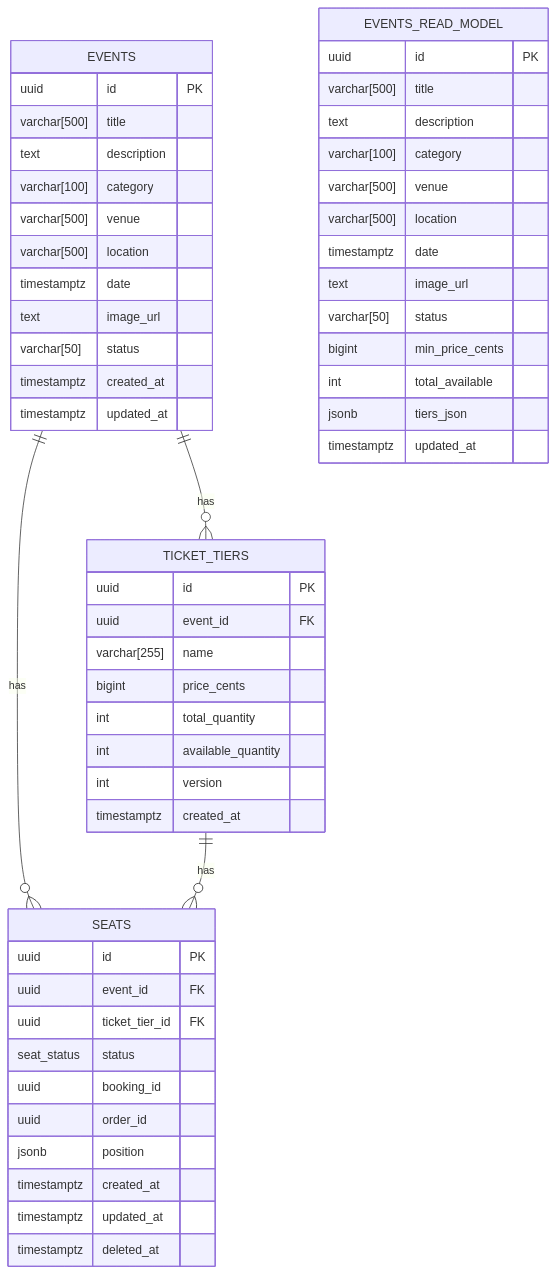
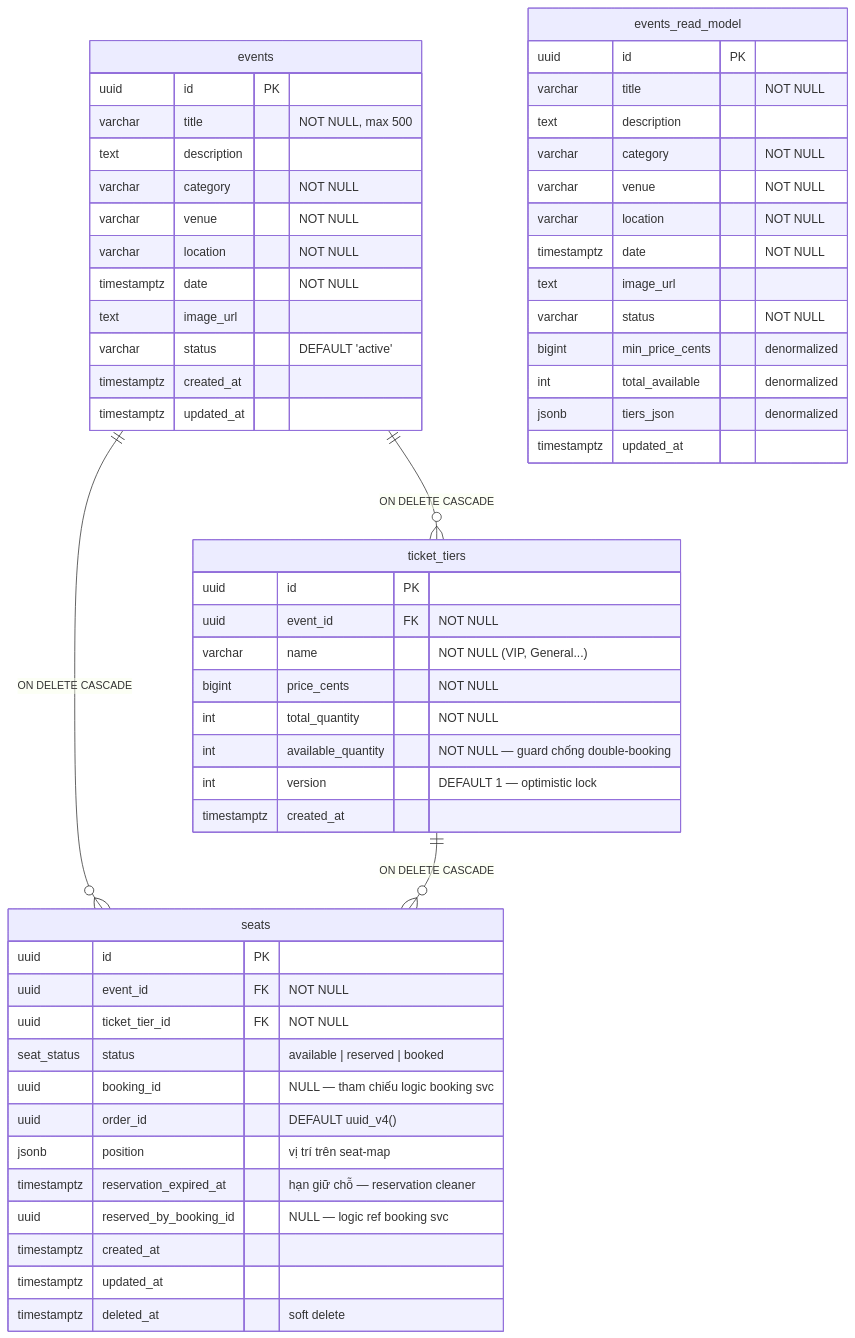
One commit to hoangdaochuz/booking changed the third of 8 diagrams in docs/database-erd.md. Above: the diagram before and after it, drawn with Mermaid. The commit also changed other lines of this file and 19 other files, not shown here.

First line of the commit message:
feat: add batch update for booking status and implement undo for reserved expired seats

````diff
--- a/docs/database-erd.md
+++ b/docs/database-erd.md
@@ -78,56 +68,58 @@
 ```mermaid
 erDiagram
-    EVENTS ||--o{ TICKET_TIERS : has
-    EVENTS ||--o{ SEATS : has
-    EVENTS {
+    events {
         uuid id PK
-        varchar[500] title
+        varchar title "NOT NULL, max 500"
         text description
-        varchar[100] category
-        varchar[500] venue
-        varchar[500] location
-        timestamptz date
+        varchar category "NOT NULL"
+        varchar venue "NOT NULL"
+        varchar location "NOT NULL"
+        timestamptz date "NOT NULL"
         text image_url
-        varchar[50] status
+        varchar status "DEFAULT 'active'"
         timestamptz created_at
         timestamptz updated_at
     }
-    TICKET_TIERS {
+    ticket_tiers {
         uuid id PK
-        uuid event_id FK
-        varchar[255] name
-        bigint price_cents
-        int total_quantity
-        int available_quantity
-        int version
+        uuid event_id FK "NOT NULL"
+        varchar name "NOT NULL (VIP, General...)"
+        bigint price_cents "NOT NULL"
+        int total_quantity "NOT NULL"
+        int available_quantity "NOT NULL — guard chống double-booking"
+        int version "DEFAULT 1 — optimistic lock"
         timestamptz created_at
     }
-    TICKET_TIERS ||--o{ SEATS : has
-    SEATS {
+    seats {
         uuid id PK
-        uuid event_id FK
-        uuid ticket_tier_id FK
-        seat_status status
-        uuid booking_id
-        uuid order_id
-        jsonb position
+        uuid event_id FK "NOT NULL"
+        uuid ticket_tier_id FK "NOT NULL"
+        seat_status status "available | reserved | booked"
+        uuid booking_id "NULL — tham chiếu logic booking svc"
+        uuid order_id "DEFAULT uuid_v4()"
+        jsonb position "vị trí trên seat-map"
+        timestamptz reservation_expired_at "hạn giữ chỗ — reservation cleaner"
+        uuid reserved_by_booking_id "NULL — logic ref booking svc"
         timestamptz created_at
         timestamptz updated_at
-        timestamptz deleted_at
+        timestamptz deleted_at "soft delete"
     }
-    EVENTS_READ_MODEL {
+    events_read_model {
         uuid id PK
-        varchar[500] title
+        varchar title "NOT NULL"
         text description
-        varchar[100] category
-        varchar[500] venue
-        varchar[500] location
-        timestamptz date
+        varchar category "NOT NULL"
+        varchar venue "NOT NULL"
+        varchar location "NOT NULL"
+        timestamptz date "NOT NULL"
         text image_url
-        varchar[50] status
-        bigint min_price_cents
-        int total_available
-        jsonb tiers_json
+        varchar status "NOT NULL"
+        bigint min_price_cents "denormalized"
+        int total_available "denormalized"
+        jsonb tiers_json "denormalized"
         timestamptz updated_at
     }
+    events ||--o{ ticket_tiers : "ON DELETE CASCADE"
+    events ||--o{ seats : "ON DELETE CASCADE"
+    ticket_tiers ||--o{ seats : "ON DELETE CASCADE"
 ```
````
